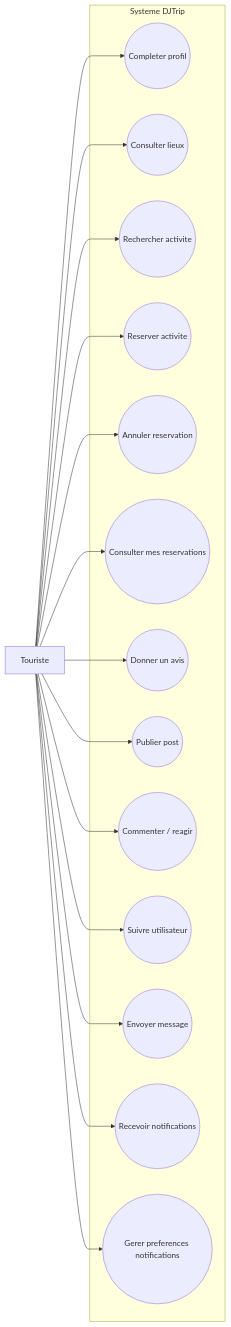
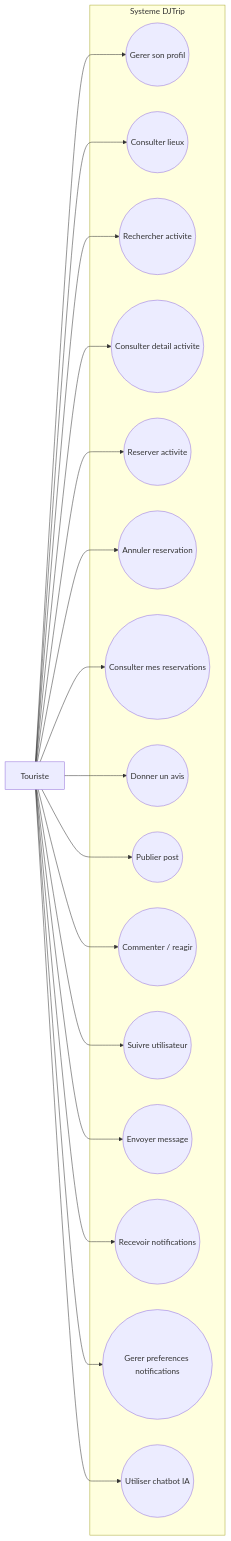
The second of 4 diagrams in documentation/diagrammes_use_case_sans_paiement.md (mouheb2003/pfe_djtrip), drawn with Mermaid before and after one commit. The commit also changed other lines of this file and 3 other files, not shown here.

````diff
--- a/documentation/diagrammes_use_case_sans_paiement.md
+++ b/documentation/diagrammes_use_case_sans_paiement.md
@@ -116,34 +112,38 @@
 ```mermaid
 flowchart LR
     Touriste["Touriste"]
 
     subgraph DJTrip["Systeme DJTrip"]
-        A(("Completer profil"))
+        A(("Gerer son profil"))
         B(("Consulter lieux"))
         C(("Rechercher activite"))
-        D(("Reserver activite"))
-        E(("Annuler reservation"))
-        F(("Consulter mes reservations"))
-        G(("Donner un avis"))
-        H(("Publier post"))
-        I(("Commenter / reagir"))
-        J(("Suivre utilisateur"))
-        K(("Envoyer message"))
-        L(("Recevoir notifications"))
-        M(("Gerer preferences notifications"))
+        D(("Consulter detail activite"))
+        E(("Reserver activite"))
+        F(("Annuler reservation"))
+        G(("Consulter mes reservations"))
+        H(("Donner un avis"))
+        I(("Publier post"))
+        J(("Commenter / reagir"))
+        K(("Suivre utilisateur"))
+        L(("Envoyer message"))
+        M(("Recevoir notifications"))
+        N(("Gerer preferences notifications"))
+        O(("Utiliser chatbot IA"))
     end
 
     Touriste --> A
     Touriste --> B
     Touriste --> C
     Touriste --> D
     Touriste --> E
     Touriste --> F
     Touriste --> G
     Touriste --> H
     Touriste --> I
     Touriste --> J
     Touriste --> K
     Touriste --> L
     Touriste --> M
+    Touriste --> N
+    Touriste --> O
 ```
````
